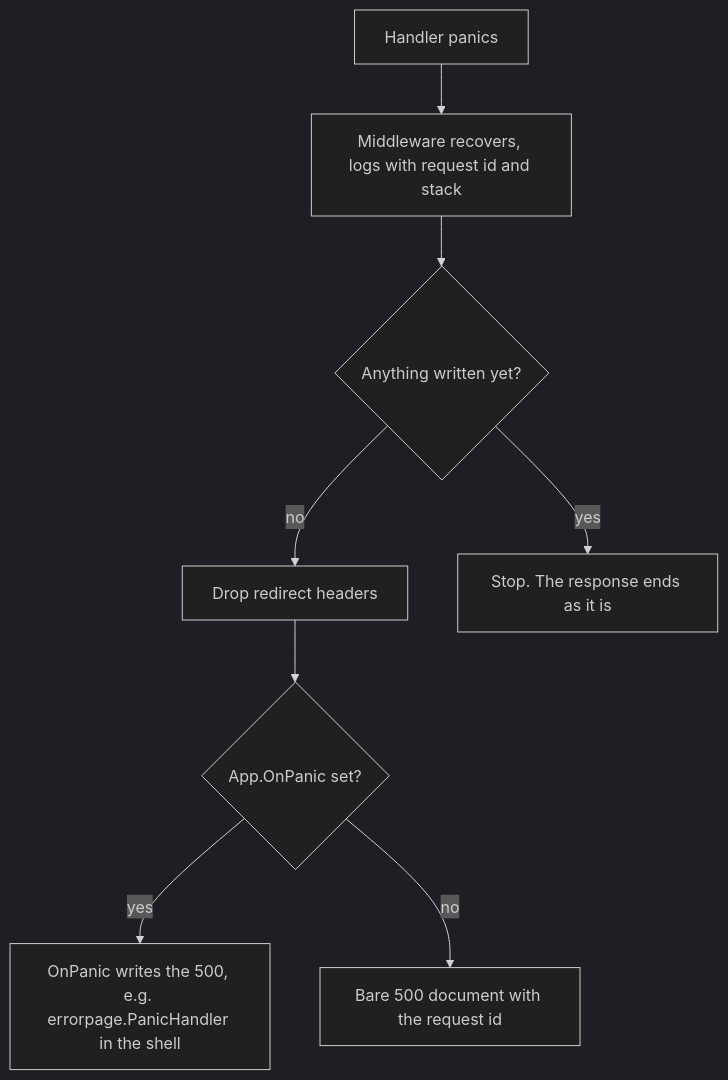
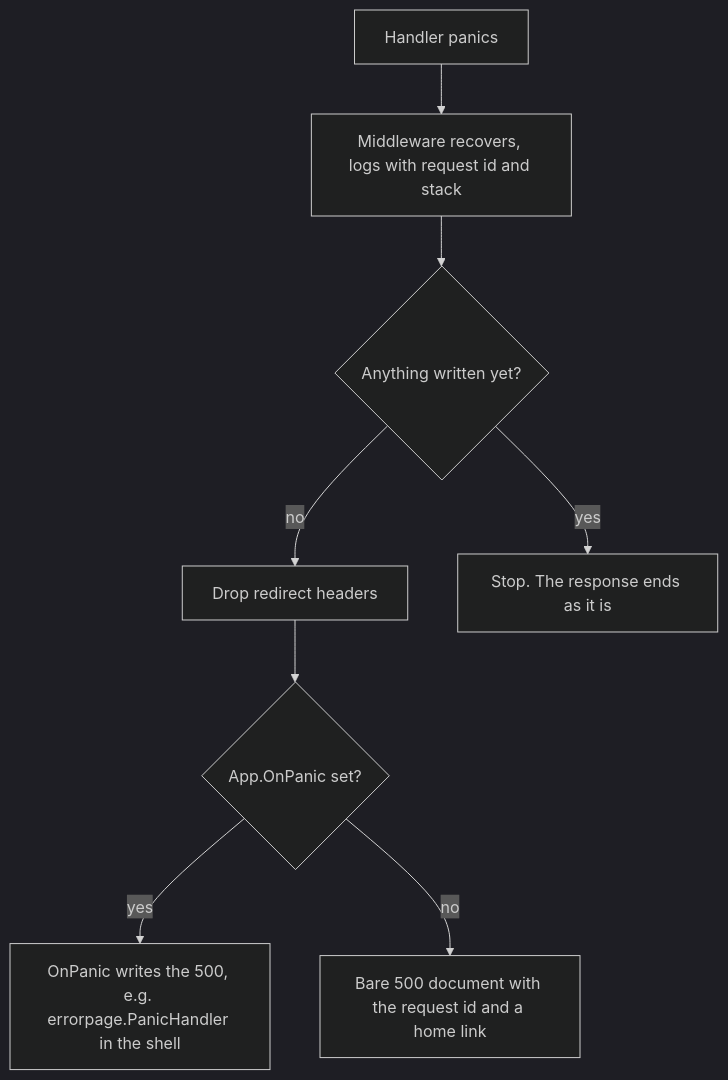
The fifth of 5 diagrams in docs/how-it-works.md (bplus/webframe), drawn with Mermaid (dark theme) before and after one commit. The commit also changed other lines of this file and 6 other files, not shown here.

First line of the commit message:
appshell: echo X-Request-Id on every response; the bare 500 links home

````diff
--- a/docs/how-it-works.md
+++ b/docs/how-it-works.md
@@ -422,10 +424,10 @@
 ```mermaid
 flowchart TD
     A[Handler panics] --> B[Middleware recovers, logs with request id and stack]
     B --> C{Anything written yet?}
     C -- no --> D[Drop redirect headers]
     D --> E{App.OnPanic set?}
     E -- yes --> F[OnPanic writes the 500, e.g. errorpage.PanicHandler in the shell]
-    E -- no --> G[Bare 500 document with the request id]
+    E -- no --> G[Bare 500 document with the request id and a home link]
     C -- yes --> H[Stop. The response ends as it is]
 ```
````
